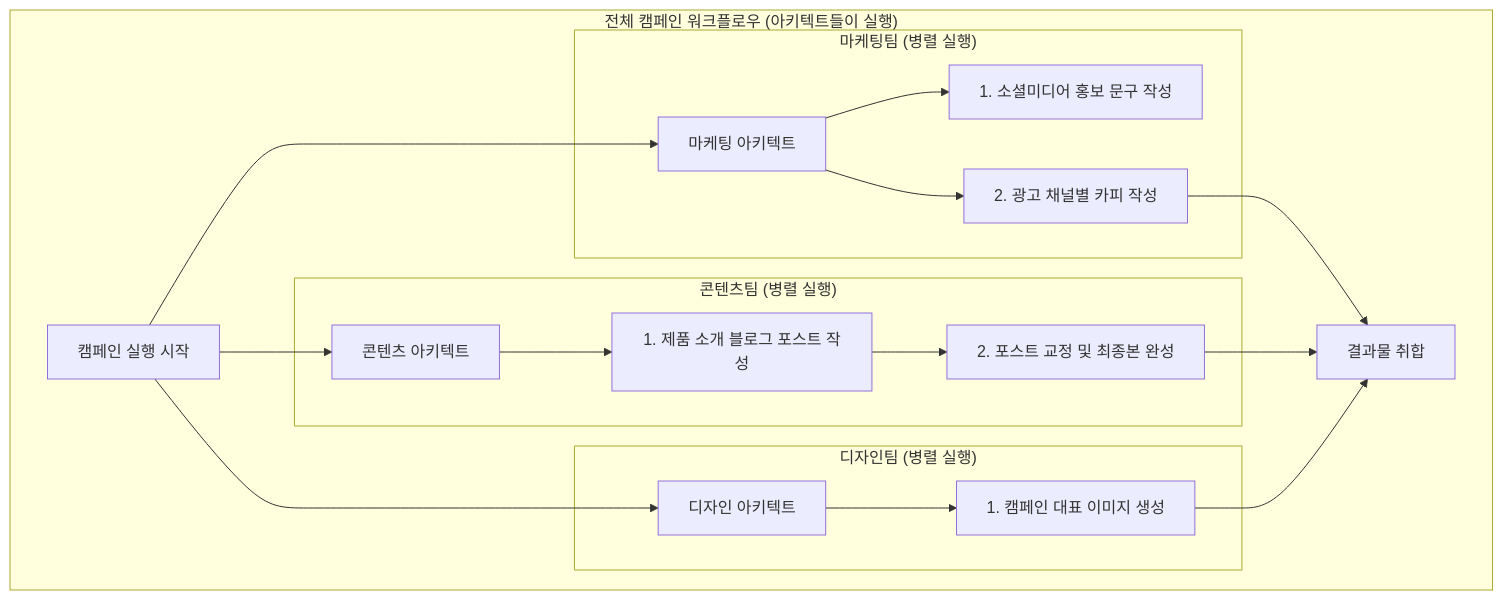
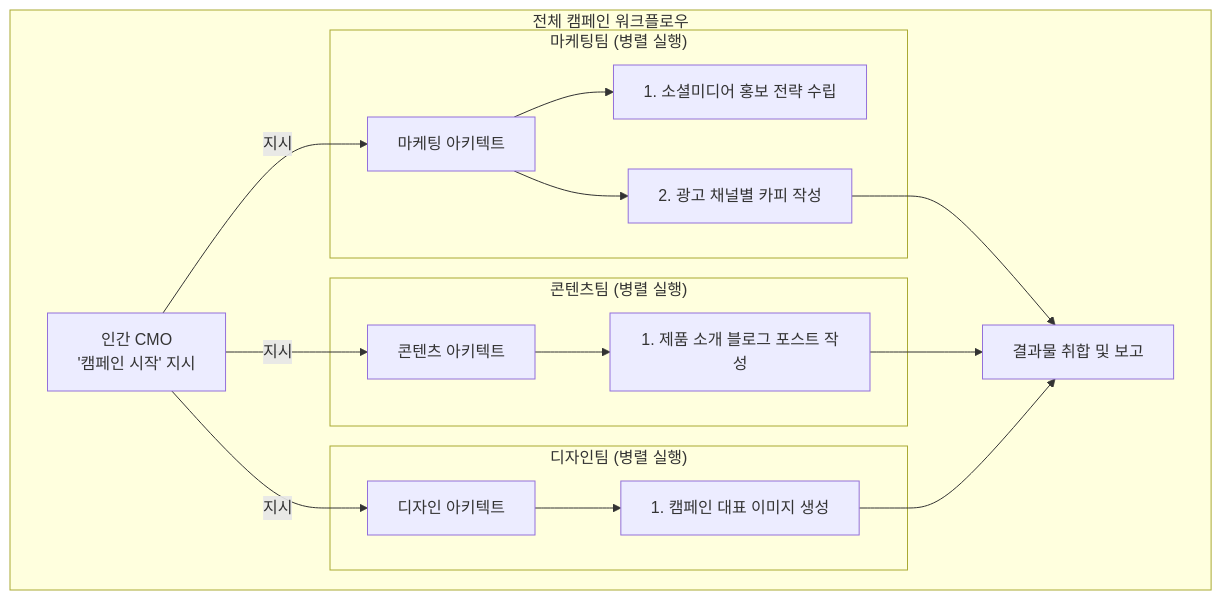
The second of 2 diagrams in book/11-3-complex-organization.md (wooxist/ai-instructions), drawn with Mermaid before and after one commit. The commit also changed other lines of this file and 2 other files, not shown here.

Commit message:
refactor: Improve clarity and structure in advanced collaboration architecture and unit organization chapters

````diff
--- a/book/11-3-complex-organization.md
+++ b/book/11-3-complex-organization.md
@@ -71,25 +65,27 @@
 ```mermaid
 graph TD
-    subgraph "전체 캠페인 워크플로우 (아키텍트들이 실행)"
-        Start["캠페인 실행 시작"]
+    subgraph "전체 캠페인 워크플로우"
+        CMO["인간 CMO<br/>'캠페인 시작' 지시"]
 
         subgraph "마케팅팀 (병렬 실행)"
-            M_A["마케팅 아키텍트"] --> M_W1["1. 소셜미디어 홍보 문구 작성"]
+            M_A["마케팅 아키텍트"] --> M_W1["1. 소셜미디어 홍보 전략 수립"]
             M_A --> M_W2["2. 광고 채널별 카피 작성"]
         end
 
         subgraph "콘텐츠팀 (병렬 실행)"
             C_A["콘텐츠 아키텍트"] --> C_W1["1. 제품 소개 블로그 포스트 작성"]
-            C_W1 --> C_W2["2. 포스트 교정 및 최종본 완성"]
         end
         
         subgraph "디자인팀 (병렬 실행)"
             D_A["디자인 아키텍트"] --> D_W1["1. 캠페인 대표 이미지 생성"]
         end
 
-        Start --> M_A & C_A & D_A
-        M_W2 --> Final["결과물 취합"]
-        C_W2 --> Final
+        CMO -- "지시" --> M_A
+        CMO -- "지시" --> C_A
+        CMO -- "지시" --> D_A
+
+        M_W2 --> Final["결과물 취합 및 보고"]
+        C_W1 --> Final
         D_W1 --> Final
     end
 ```
````
